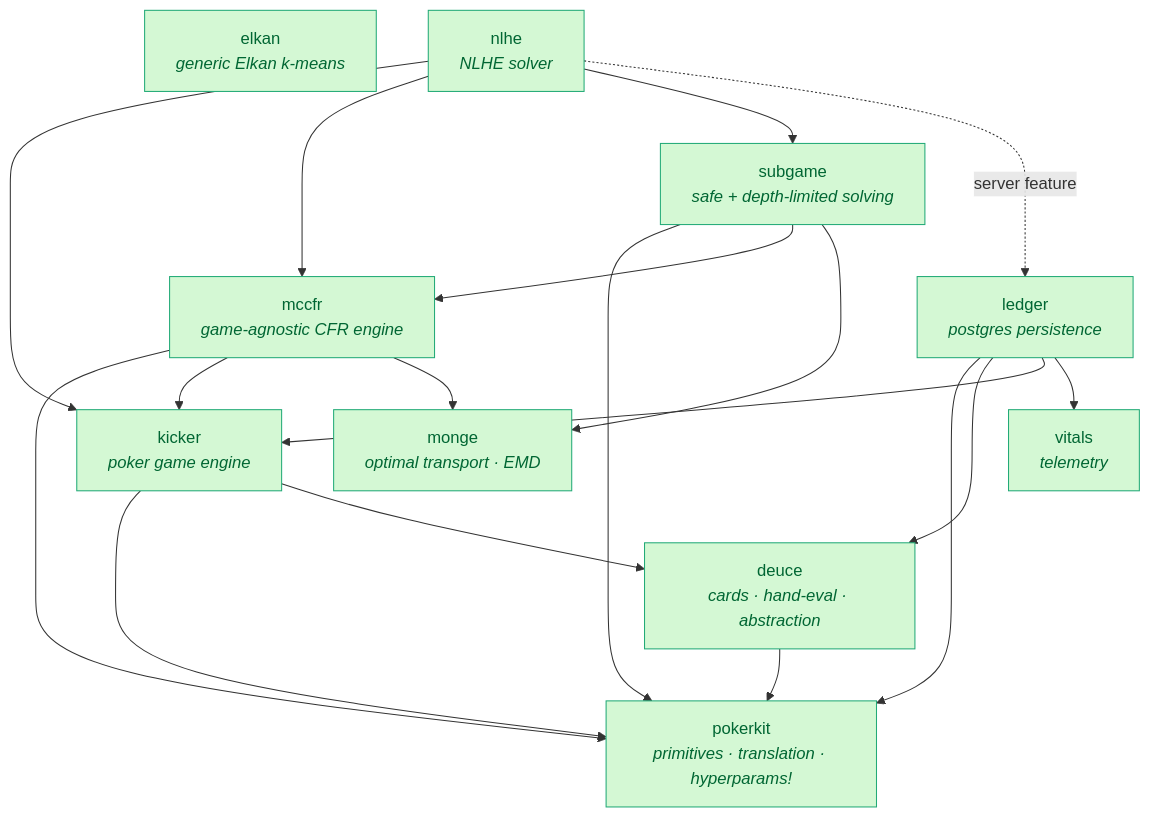
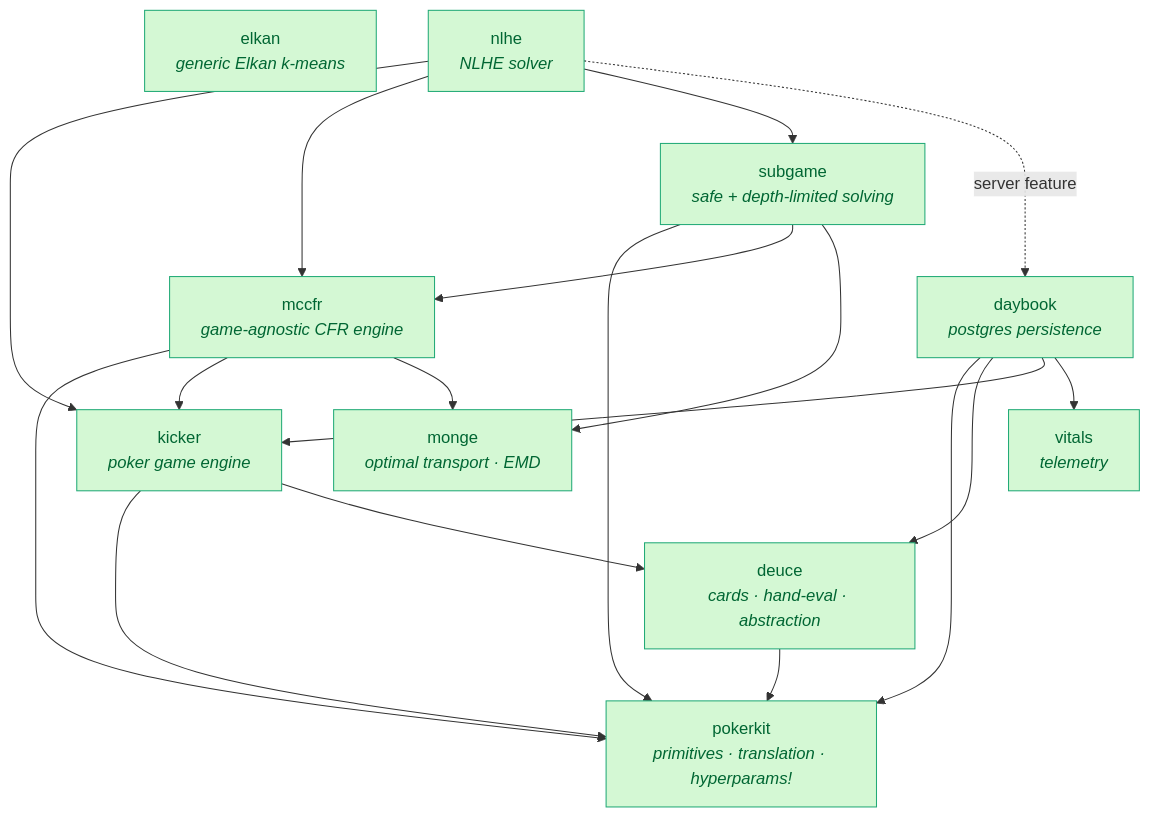
One commit to krukah/robopoker changed the first of 3 diagrams in README.md. Above: the diagram before and after it, drawn with Mermaid. The commit also changed other lines of this file and 64 other files, not shown here.

First line of the commit message:
refactor: rename ledger crate -> daybook

````diff
--- a/README.md
+++ b/README.md
@@ -56,34 +56,34 @@
 ```mermaid
 graph TD
   classDef pub fill:#d4f8d4,stroke:#2a7,color:#063
   pokerkit["pokerkit<br/><i>primitives · translation · hyperparams!</i>"]
   deuce["deuce<br/><i>cards · hand-eval · abstraction</i>"]
   monge["monge<br/><i>optimal transport · EMD</i>"]
   kicker["kicker<br/><i>poker game engine</i>"]
   mccfr["mccfr<br/><i>game-agnostic CFR engine</i>"]
   subgame["subgame<br/><i>safe + depth-limited solving</i>"]
   elkan["elkan<br/><i>generic Elkan k-means</i>"]
   vitals["vitals<br/><i>telemetry</i>"]
-  ledger["ledger<br/><i>postgres persistence</i>"]
+  daybook["daybook<br/><i>postgres persistence</i>"]
   nlhe["nlhe<br/><i>NLHE solver</i>"]
 
   deuce --> pokerkit
   kicker --> pokerkit
   kicker --> deuce
   mccfr --> pokerkit
   mccfr --> kicker
   mccfr --> monge
   subgame --> pokerkit
   subgame --> mccfr
   subgame --> monge
-  ledger --> pokerkit
-  ledger --> deuce
-  ledger --> kicker
-  ledger --> vitals
+  daybook --> pokerkit
+  daybook --> deuce
+  daybook --> kicker
+  daybook --> vitals
   nlhe --> kicker
   nlhe --> mccfr
   nlhe --> subgame
-  nlhe -.->|"server feature"| ledger
+  nlhe -.->|"server feature"| daybook
 
-  class pokerkit,deuce,monge,kicker,mccfr,subgame,elkan,vitals,ledger,nlhe pub
+  class pokerkit,deuce,monge,kicker,mccfr,subgame,elkan,vitals,daybook,nlhe pub
 ```
````
